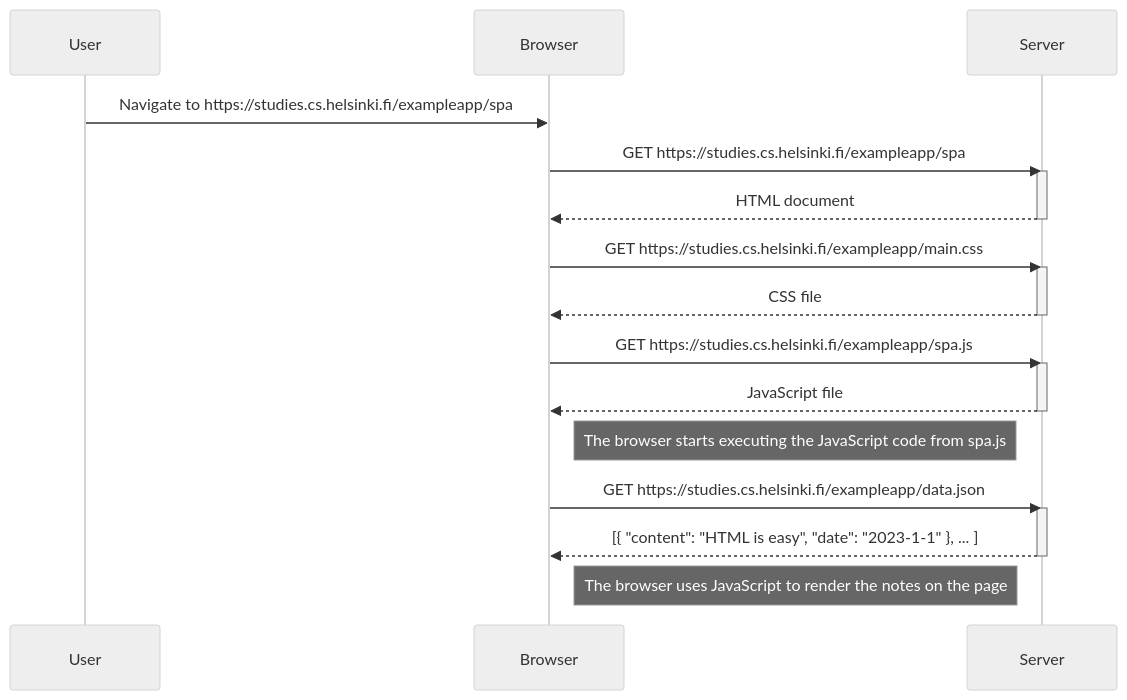
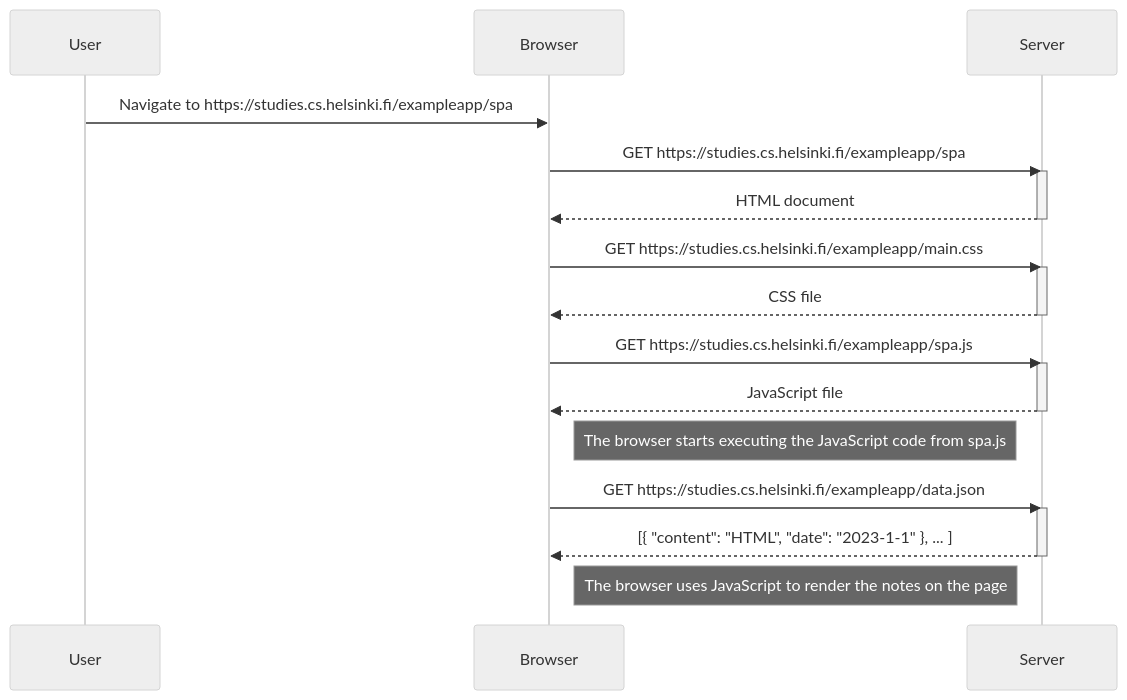
The diagram in part0/ex0_5.md (cuitrying/FullStackProject), drawn with Mermaid (neutral theme) before and after one commit.

````diff
--- a/part0/ex0_5.md
+++ b/part0/ex0_5.md
@@ -1,32 +1,32 @@
 ```mermaid
 sequenceDiagram
     participant User
     participant Browser
     participant Server
 
     User->>Browser: Navigate to https://studies.cs.helsinki.fi/exampleapp/spa
     Browser->>Server: GET https://studies.cs.helsinki.fi/exampleapp/spa
     activate Server
     Server-->>Browser: HTML document
     deactivate Server
 
     Browser->>Server: GET https://studies.cs.helsinki.fi/exampleapp/main.css
     activate Server
     Server-->>Browser: CSS file
     deactivate Server
 
     Browser->>Server: GET https://studies.cs.helsinki.fi/exampleapp/spa.js
     activate Server
     Server-->>Browser: JavaScript file
     deactivate Server
 
     Note right of Browser: The browser starts executing the JavaScript code from spa.js
 
     Browser->>Server: GET https://studies.cs.helsinki.fi/exampleapp/data.json
     activate Server
-    Server-->>Browser: [{ "content": "HTML is easy", "date": "2023-1-1" }, ... ]
+    Server-->>Browser: [{ "content": "HTML", "date": "2023-1-1" }, ... ]
     deactivate Server
 
     Note right of Browser: The browser uses JavaScript to render the notes on the page
 
 ```
````
